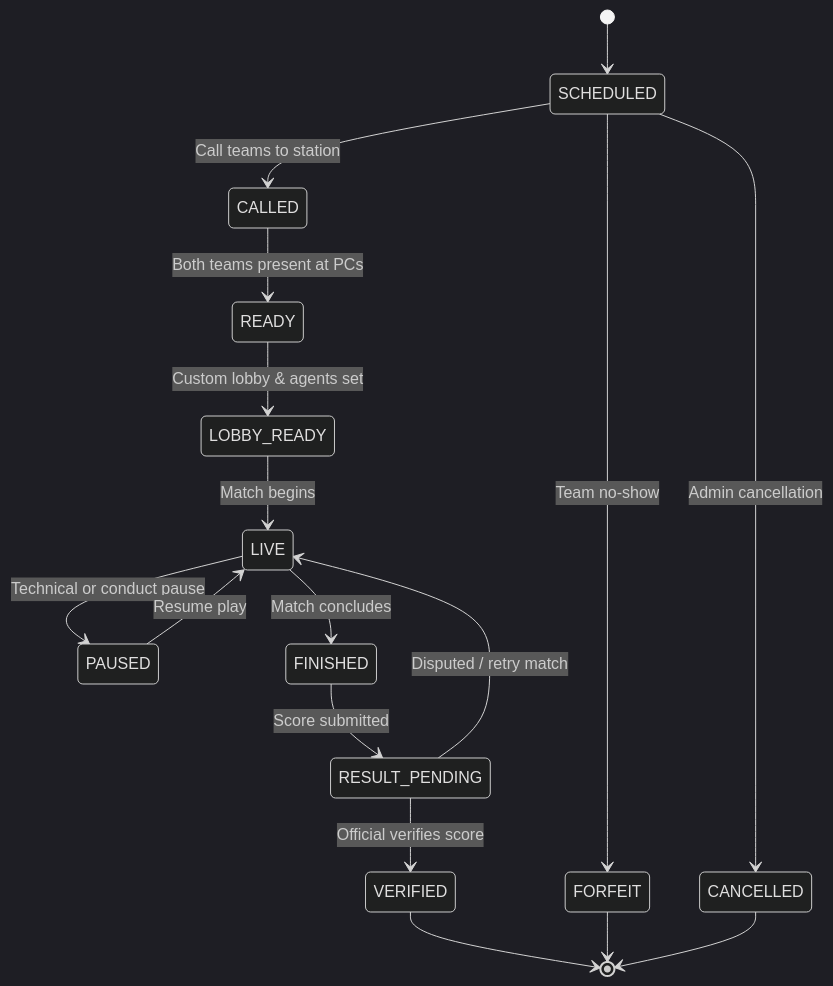
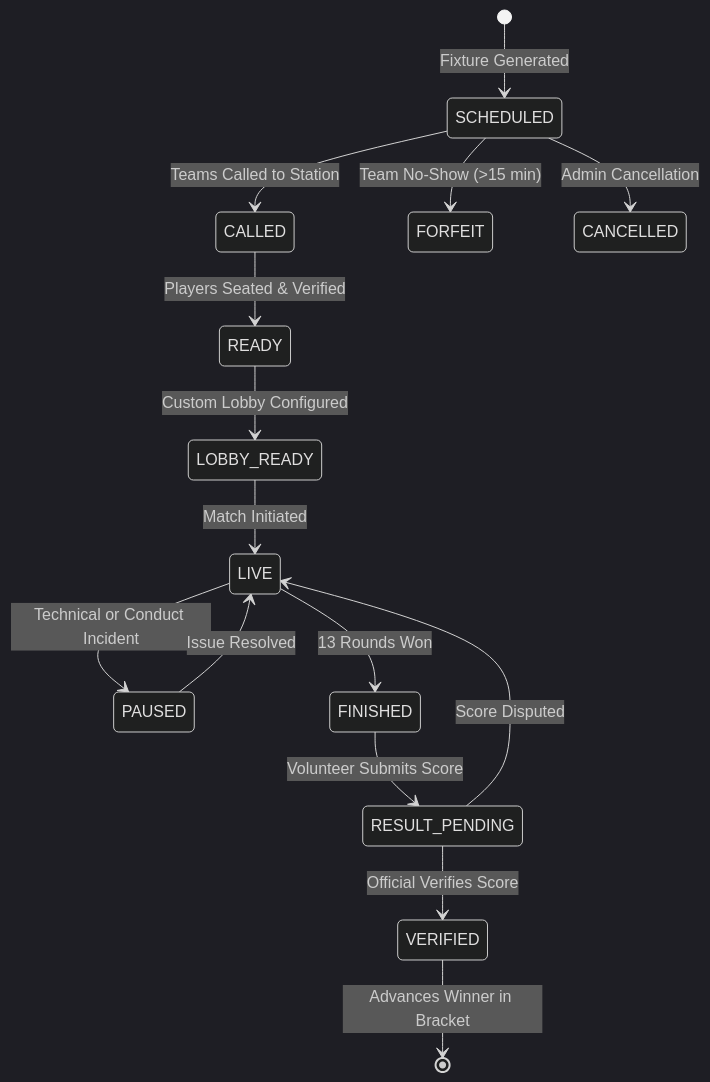
The diagram in docs/TOURNAMENT_ENGINE.md (MasterZ1311/Valorant-Tourney-Ops), drawn with Mermaid (dark theme) before and after one commit. The commit also changed other lines of this file and 5 other files, not shown here.

Commit message:
docs: enrich architecture, roadmap workstreams, scheduling, and operations SOPs

````diff
--- a/docs/TOURNAMENT_ENGINE.md
+++ b/docs/TOURNAMENT_ENGINE.md
@@ -44,19 +54,17 @@
 ```mermaid
 stateDiagram-v2
-    [*] --> SCHEDULED
-    SCHEDULED --> CALLED : Call teams to station
-    CALLED --> READY : Both teams present at PCs
-    READY --> LOBBY_READY : Custom lobby & agents set
-    LOBBY_READY --> LIVE : Match begins
-    LIVE --> PAUSED : Technical or conduct pause
-    PAUSED --> LIVE : Resume play
-    LIVE --> FINISHED : Match concludes
-    FINISHED --> RESULT_PENDING : Score submitted
-    RESULT_PENDING --> VERIFIED : Official verifies score
-    RESULT_PENDING --> LIVE : Disputed / retry match
-    SCHEDULED --> FORFEIT : Team no-show
-    SCHEDULED --> CANCELLED : Admin cancellation
-    VERIFIED --> [*]
-    FORFEIT --> [*]
-    CANCELLED --> [*]
+    [*] --> SCHEDULED : Fixture Generated
+    SCHEDULED --> CALLED : Teams Called to Station
+    CALLED --> READY : Players Seated & Verified
+    READY --> LOBBY_READY : Custom Lobby Configured
+    LOBBY_READY --> LIVE : Match Initiated
+    LIVE --> PAUSED : Technical or Conduct Incident
+    PAUSED --> LIVE : Issue Resolved
+    LIVE --> FINISHED : 13 Rounds Won
+    FINISHED --> RESULT_PENDING : Volunteer Submits Score
+    RESULT_PENDING --> VERIFIED : Official Verifies Score
+    RESULT_PENDING --> LIVE : Score Disputed
+    SCHEDULED --> FORFEIT : Team No-Show (>15 min)
+    SCHEDULED --> CANCELLED : Admin Cancellation
+    VERIFIED --> [*] : Advances Winner in Bracket
 ```
````
